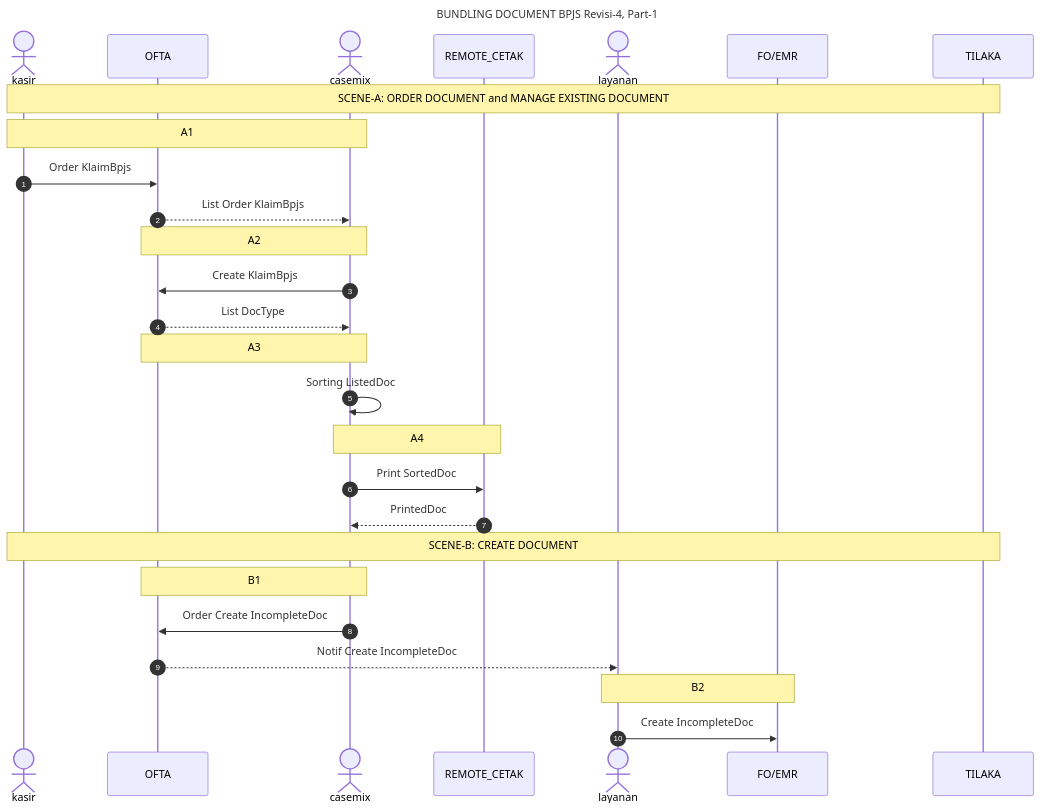
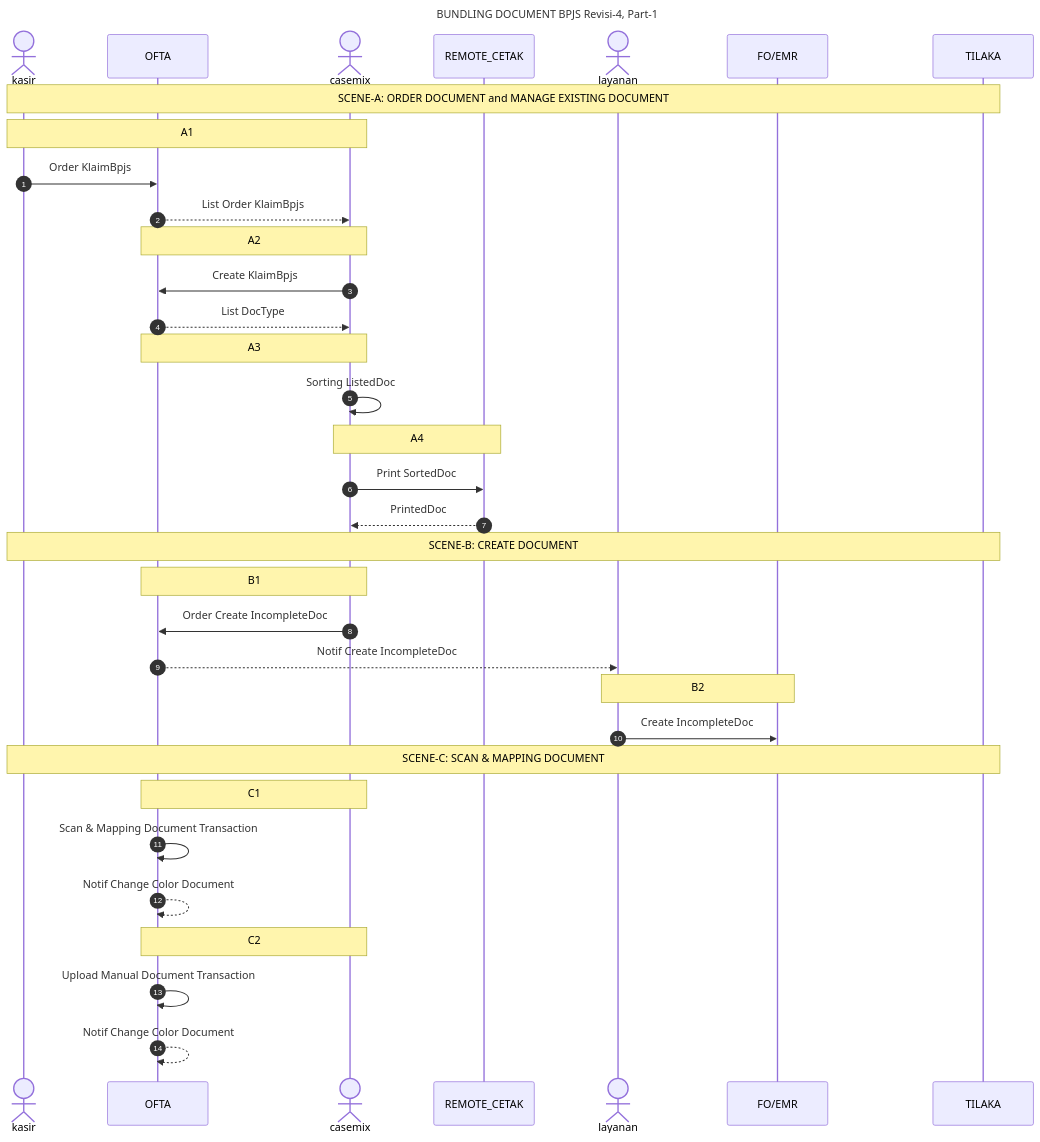
Before and after one commit to smart-ics/b005-ofta-api: the first of 2 diagrams in readme-bpjs-flow.md, drawn with Mermaid. The commit also changed other lines of this file, not shown here.

First line of the commit message:
Update readme-bpjs-flow.md

````diff
--- a/readme-bpjs-flow.md
+++ b/readme-bpjs-flow.md
@@ -4,36 +4,45 @@
 ```mermaid
 sequenceDiagram
     title BUNDLING DOCUMENT BPJS Revisi-4, Part-1
     actor kasir
     participant OFTA
     actor casemix
     participant REMOTE_CETAK
     actor layanan
     participant FO/EMR
     participant TILAKA
     autonumber 1
 
     note over kasir, TILAKA: SCENE-A: ORDER DOCUMENT and MANAGE EXISTING DOCUMENT
     note over kasir, casemix: A1
     kasir ->> OFTA: Order KlaimBpjs 
     OFTA -->> casemix: List Order KlaimBpjs 
 
     note over OFTA, casemix: A2
     casemix ->> OFTA: Create KlaimBpjs
     OFTA -->> casemix: List DocType
 
     note over OFTA, casemix: A3
     casemix ->> casemix: Sorting ListedDoc
     
     note over casemix, REMOTE_CETAK: A4
     casemix ->> REMOTE_CETAK: Print SortedDoc
     REMOTE_CETAK -->> casemix : PrintedDoc
 
     note over kasir, TILAKA: SCENE-B: CREATE DOCUMENT 
     note over OFTA, casemix: B1
     casemix ->> OFTA: Order Create IncompleteDoc 
     OFTA -->> layanan: Notif Create IncompleteDoc
     
     note over layanan, FO/EMR: B2
     layanan ->> FO/EMR : Create IncompleteDoc
+
+    note over kasir, TILAKA: SCENE-C: SCAN & MAPPING DOCUMENT 
+    note over OFTA, casemix: C1
+    OFTA ->> OFTA: Scan & Mapping Document Transaction
+    OFTA -->> OFTA: Notif Change Color Document
+
+    note over OFTA, casemix: C2
+    OFTA ->> OFTA: Upload Manual Document Transaction
+    OFTA -->> OFTA: Notif Change Color Document
 ```
````
